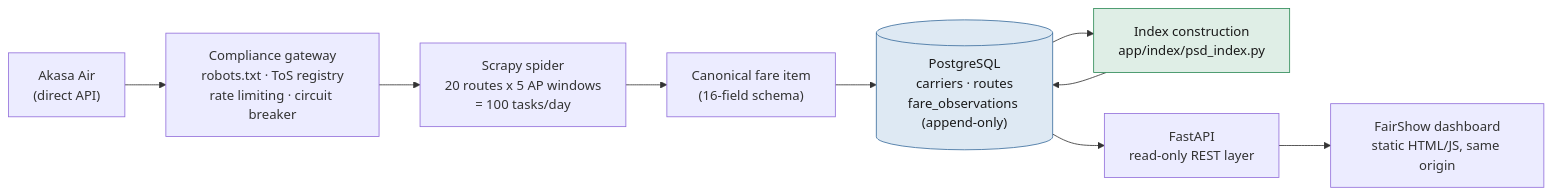
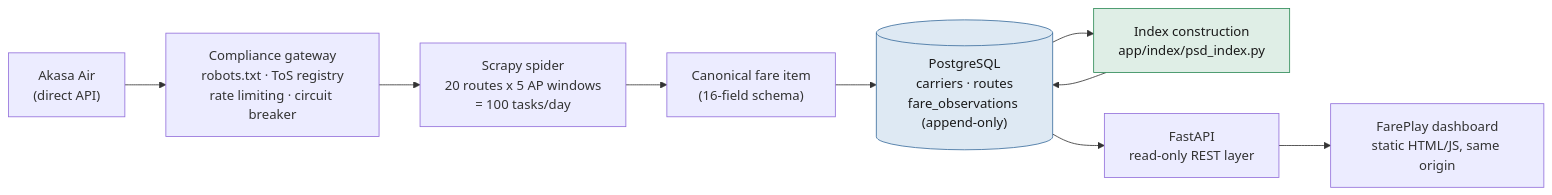
Before and after one commit to Salvatore1021/BananaShake: the diagram in README.md, drawn with Mermaid. The commit also changed other lines of this file and 1 other file, not shown here.

First line of the commit message:
Rename dashboard from FairShow to FarePlay

````diff
--- a/README.md
+++ b/README.md
@@ -33,14 +33,14 @@
 ```mermaid
 flowchart LR
     A["Akasa Air\n(direct API)"] --> B["Compliance gateway\nrobots.txt · ToS registry\nrate limiting · circuit breaker"]
     B --> C["Scrapy spider\n20 routes x 5 AP windows\n= 100 tasks/day"]
     C --> D["Canonical fare item\n(16-field schema)"]
     D --> E[("PostgreSQL\ncarriers · routes\nfare_observations (append-only)")]
     E --> F["Index construction\napp/index/psd_index.py"]
     F --> E
     E --> G["FastAPI\nread-only REST layer"]
-    G --> H["FairShow dashboard\nstatic HTML/JS, same origin"]
+    G --> H["FarePlay dashboard\nstatic HTML/JS, same origin"]
 
     style E fill:#dee9f3,stroke:#3c6e9e,color:#1a1a1a
     style F fill:#dfeee6,stroke:#2e8b57,color:#1a1a1a
 ```
````
